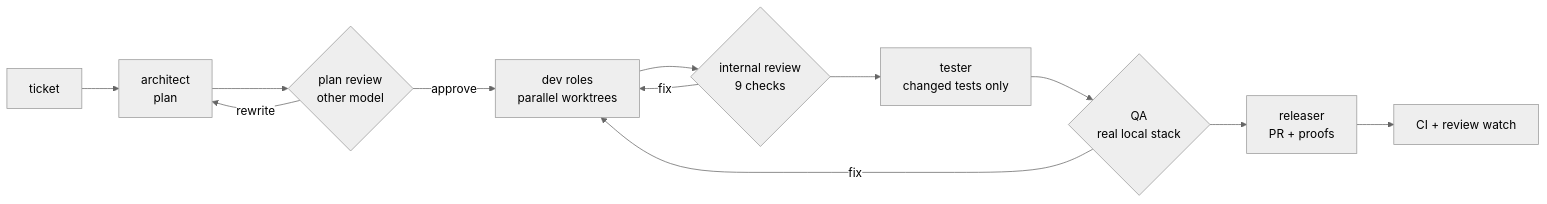
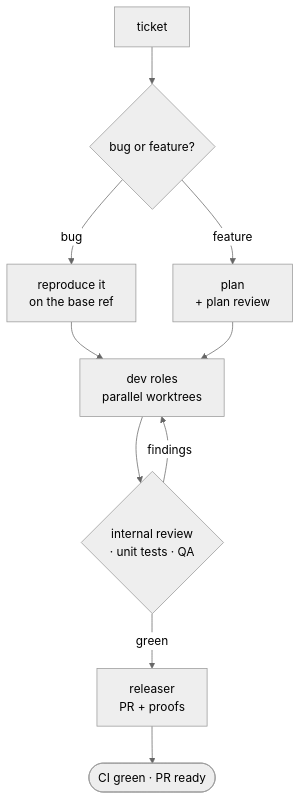
The diagram in docs/index.md (vsdudakov/troika), drawn with Mermaid (neutral theme) before and after one commit. The commit also changed other lines of this file and 61 other files, not shown here.

````diff
--- a/docs/index.md
+++ b/docs/index.md
@@ -71,14 +80,12 @@
 ```mermaid
-flowchart LR
-    A[ticket] --> B[architect<br/>plan]
-    B --> C{plan review<br/>other model}
-    C -- rewrite --> B
-    C -- approve --> D[dev roles<br/>parallel worktrees]
-    D --> E{internal review<br/>9 checks}
-    E -- fix --> D
-    E --> F[tester<br/>changed tests only]
-    F --> G{QA<br/>real local stack}
-    G -- fix --> D
-    G --> H[releaser<br/>PR + proofs]
-    H --> I[CI + review watch]
+flowchart TD
+    A[ticket] --> K{bug or feature?}
+    K -- bug --> R1[reproduce it<br/>on the base ref]
+    K -- feature --> R2[plan<br/>+ plan review]
+    R1 --> D[dev roles<br/>parallel worktrees]
+    R2 --> D
+    D --> V{internal review<br/>· unit tests · QA}
+    V -- findings --> D
+    V -- green --> P[releaser<br/>PR + proofs]
+    P --> C([CI green · PR ready])
 ```
````
